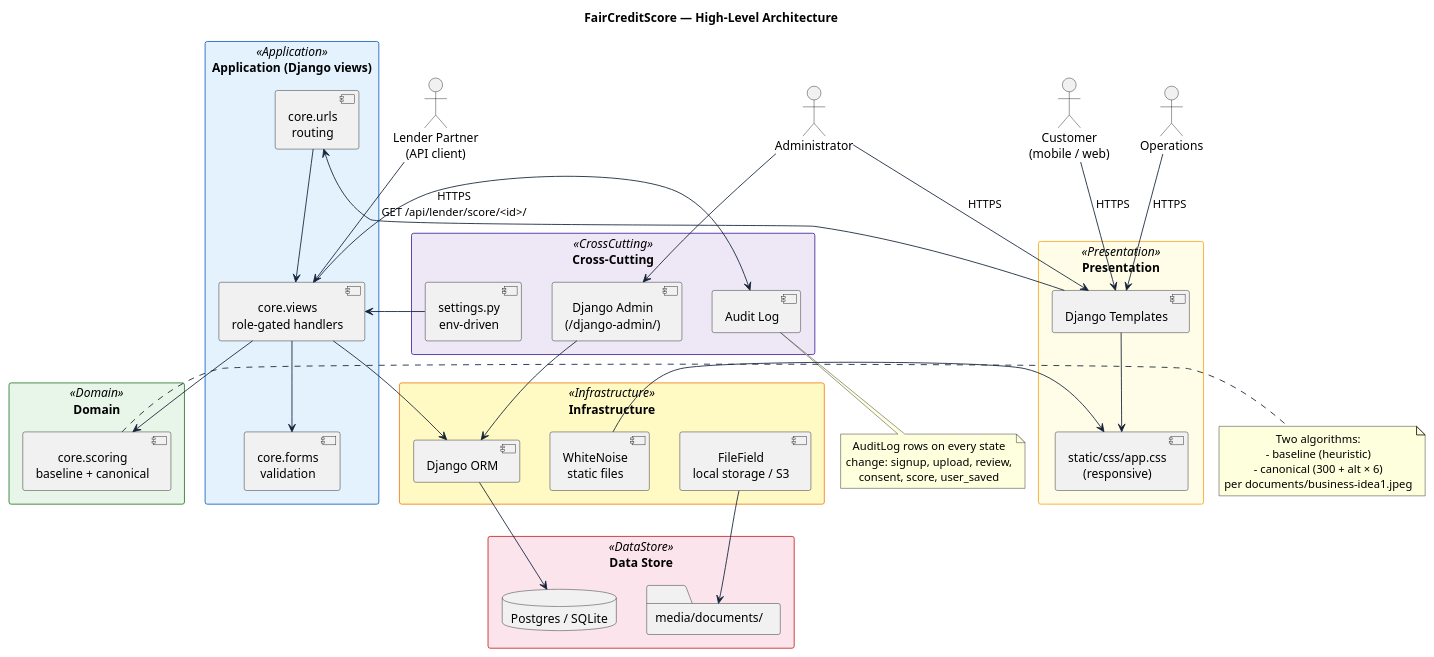
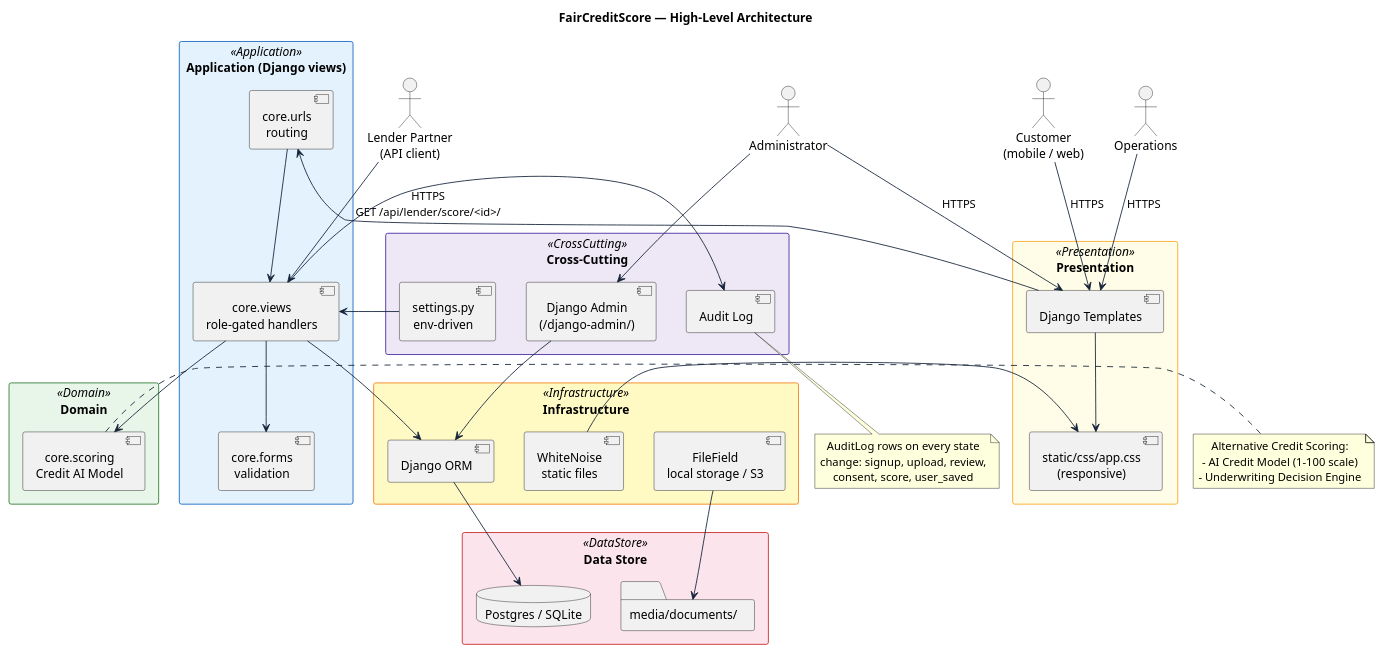
One commit to subhajit4980/FairCreditAI_MVP changed the diagram in docs/FairCreditScore_Architecture/diagrams/01_high_level_architecture.puml. Above: the diagram before and after it, drawn with PlantUML. The commit also changed 17 other files, not shown here.

```diff
--- a/docs/FairCreditScore_Architecture/diagrams/01_high_level_architecture.puml
+++ b/docs/FairCreditScore_Architecture/diagrams/01_high_level_architecture.puml
@@ -1,91 +1,90 @@
 @startuml 01_high_level_architecture
 title FairCreditScore — High-Level Architecture
 
 skinparam shadowing false
 skinparam packageStyle rectangle
 skinparam ArrowColor #14233A
 skinparam DefaultTextAlignment center
 
 skinparam packageBackgroundColor<<Presentation>>   #FFFDE7
 skinparam packageBorderColor<<Presentation>>       #F9A825
 skinparam packageBackgroundColor<<Application>>    #E3F2FD
 skinparam packageBorderColor<<Application>>        #1565C0
 skinparam packageBackgroundColor<<Domain>>         #E8F5E9
 skinparam packageBorderColor<<Domain>>             #2E7D32
 skinparam packageBackgroundColor<<Infrastructure>> #FFF9C4
 skinparam packageBorderColor<<Infrastructure>>     #F57F17
 skinparam packageBackgroundColor<<DataStore>>      #FCE4EC
 skinparam packageBorderColor<<DataStore>>          #C62828
 skinparam packageBackgroundColor<<CrossCutting>>   #EDE7F6
 skinparam packageBorderColor<<CrossCutting>>       #4527A0
 
 actor "Customer\n(mobile / web)" as Cust
 actor "Operations" as Ops
 actor "Administrator" as Admin
 actor "Lender Partner\n(API client)" as Lender
 
 package "Presentation" <<Presentation>> {
   [Django Templates] as TPL
   [static/css/app.css\n(responsive)] as CSS
 }
 
 package "Application (Django views)" <<Application>> {
   [core.views\nrole-gated handlers] as Views
   [core.forms\nvalidation] as Forms
   [core.urls\nrouting] as Routes
 }
 
 package "Domain" <<Domain>> {
-  [core.scoring\nbaseline + canonical] as Scoring
+  [core.scoring\nCredit AI Model] as Scoring
 }
 
 package "Infrastructure" <<Infrastructure>> {
   [Django ORM] as ORM
   [FileField\nlocal storage / S3] as Files
   [WhiteNoise\nstatic files] as WN
 }
 
 package "Data Store" <<DataStore>> {
   database "Postgres / SQLite" as DB
   folder "media/documents/" as Media
 }
 
 package "Cross-Cutting" <<CrossCutting>> {
   [Audit Log] as Audit
   [settings.py\nenv-driven] as Settings
   [Django Admin\n(/django-admin/)] as DjAdmin
 }
 
 Cust   --> TPL : HTTPS
 Ops    --> TPL : HTTPS
 Admin  --> TPL : HTTPS
 Lender --> Views : HTTPS\nGET /api/lender/score/<id>/
 TPL --> CSS
 
 TPL --> Routes
 Routes --> Views
 Views --> Forms
 Views --> Scoring
 Views --> ORM
 Views --> Audit
 ORM --> DB
 Files --> Media
 WN --> CSS
 Settings --> Views
 Admin --> DjAdmin
 DjAdmin --> ORM
 
 note right of Scoring
-  Two algorithms:
-  - baseline (heuristic)
-  - canonical (300 + alt × 6)
-  per documents/business-idea1.jpeg
+  Alternative Credit Scoring:
+  - AI Credit Model (1-100 scale)
+  - Underwriting Decision Engine
 end note
 
 note bottom of Audit
   AuditLog rows on every state
   change: signup, upload, review,
   consent, score, user_saved
 end note
 
 @enduml
```
